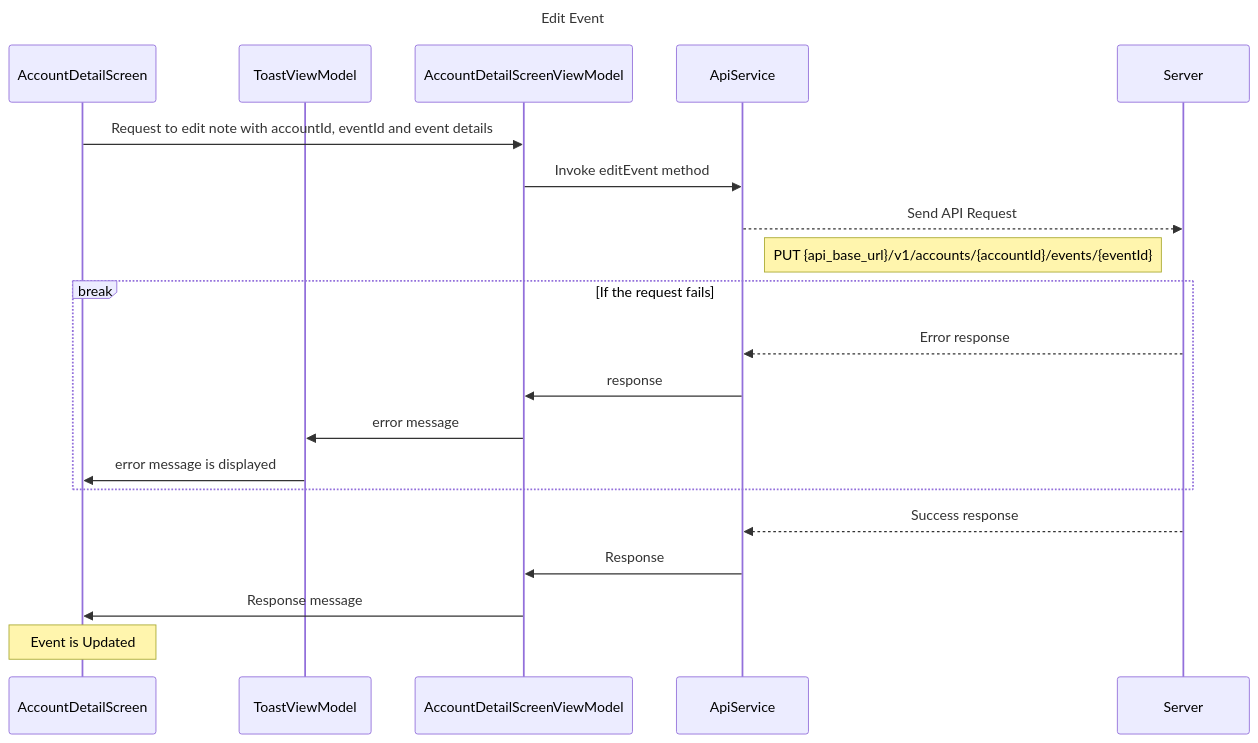
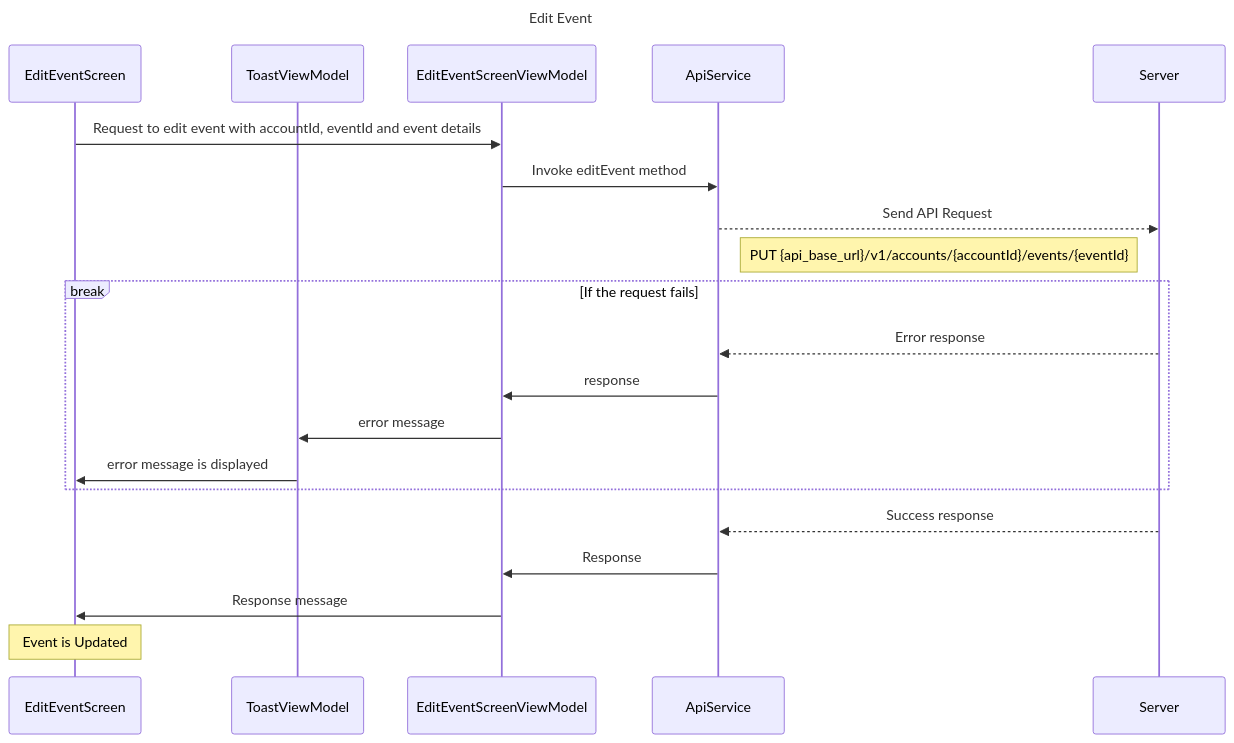
Before and after one commit to TrueSparrowSystems/AI-SalesSparrow-Docs: the diagram in flowDiagrams/IOS/EditEvent.mermaid, drawn with Mermaid. The commit also changed 2 other files, not shown here.

Commit message:
updated edit flows for ios

```diff
--- a/flowDiagrams/IOS/EditEvent.mermaid
+++ b/flowDiagrams/IOS/EditEvent.mermaid
@@ -1,25 +1,25 @@
 sequenceDiagram
     title Edit Event
 
-    participant ADS as AccountDetailScreen
+    participant EES as EditEventScreen
     participant TVM as ToastViewModel
-    participant ADSVM as AccountDetailScreenViewModel
+    participant EEVM as EditEventScreenViewModel
     participant AS as ApiService
     participant S as Server
 
-    ADS->>ADSVM: Request to edit note with accountId, eventId and event details
-    ADSVM->>AS: Invoke editEvent method
+    EES->>EEVM: Request to edit event with accountId, eventId and event details
+    EEVM->>AS: Invoke editEvent method
     AS-->>S: Send API Request
     note right of AS: PUT {api_base_url}/v1/accounts/{accountId}/events/{eventId}
 
     break If the request fails
         S-->>AS: Error response
-        AS->>ADSVM: response
-        ADSVM->>TVM: error message
-        TVM->>ADS: error message is displayed
+        AS->>EEVM: response
+        EEVM->>TVM: error message
+        TVM->>EES: error message is displayed
     end
 
     S-->>AS: Success response
-    AS->>ADSVM: Response
-    ADSVM->>ADS: Response message
-    note over ADS: Event is Updated
+    AS->>EEVM: Response
+    EEVM->>EES: Response message
+    note over EES: Event is Updated
```
